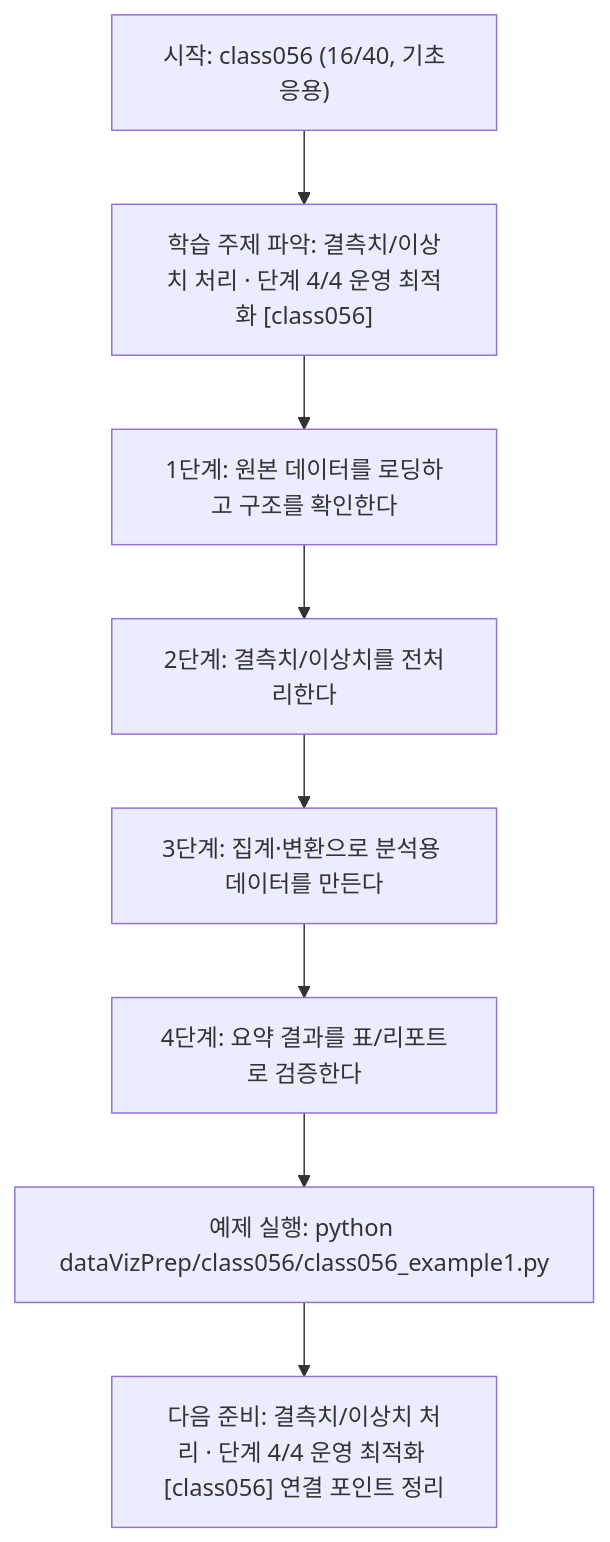
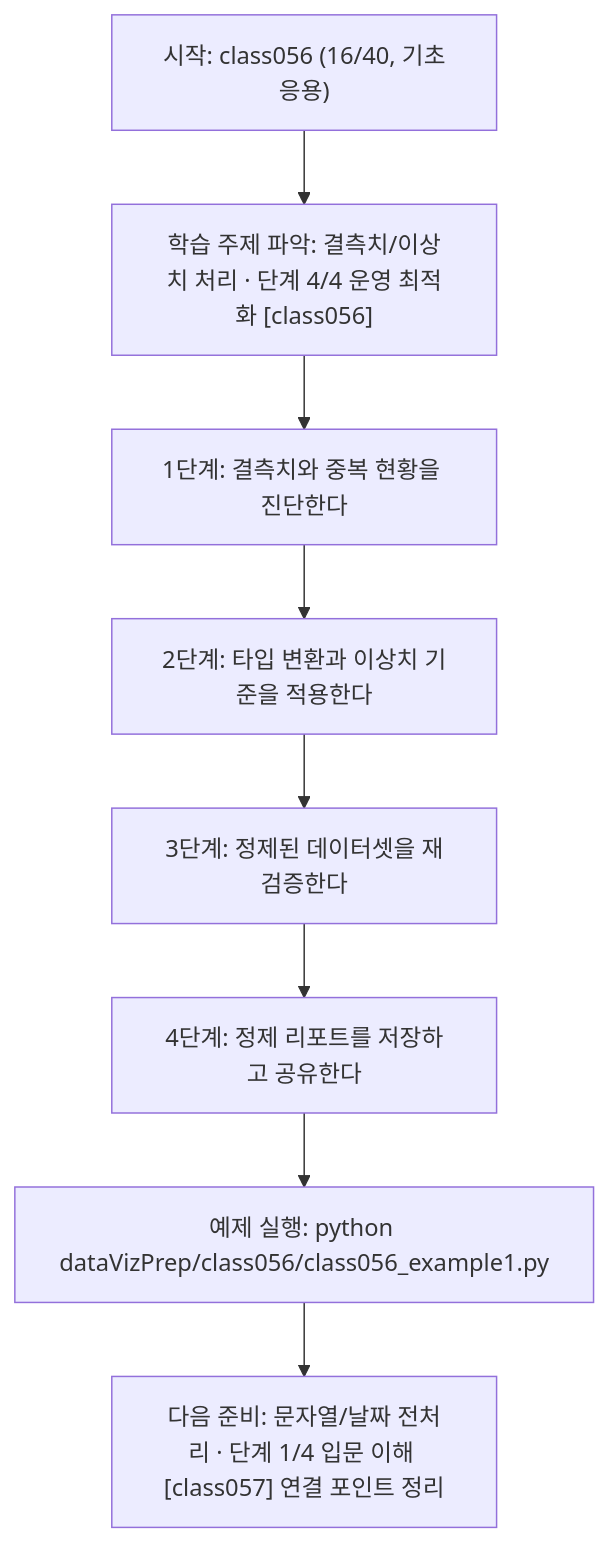
The diagram in dataVizPrep/class056/class056.md (edumgt/Python-AI_Agent-Class), drawn with Mermaid before and after one commit. The commit also changed other lines of this file and 283 other files, not shown here.

````diff
--- a/dataVizPrep/class056/class056.md
+++ b/dataVizPrep/class056/class056.md
@@ -111,18 +92,18 @@
 ```mermaid
 flowchart TD
 N1["시작: class056 (16/40, 기초응용)"]
 N2["학습 주제 파악: 결측치/이상치 처리 · 단계 4/4 운영 최적화 [class056]"]
-N3["1단계: 원본 데이터를 로딩하고 구조를 확인한다"]
-N4["2단계: 결측치/이상치를 전처리한다"]
-N5["3단계: 집계·변환으로 분석용 데이터를 만든다"]
-N6["4단계: 요약 결과를 표/리포트로 검증한다"]
+N3["1단계: 결측치와 중복 현황을 진단한다"]
+N4["2단계: 타입 변환과 이상치 기준을 적용한다"]
+N5["3단계: 정제된 데이터셋을 재검증한다"]
+N6["4단계: 정제 리포트를 저장하고 공유한다"]
 N7["예제 실행: python dataVizPrep/class056/class056_example1.py"]
-N8["다음 준비: 결측치/이상치 처리 · 단계 4/4 운영 최적화 [class056] 연결 포인트 정리"]
+N8["다음 준비: 문자열/날짜 전처리 · 단계 1/4 입문 이해 [class057] 연결 포인트 정리"]
 N1 --> N2
 N2 --> N3
 N3 --> N4
 N4 --> N5
 N5 --> N6
 N6 --> N7
 N7 --> N8
 ```
````
